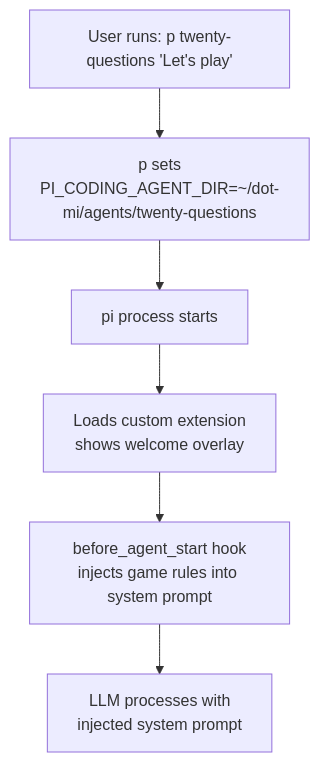
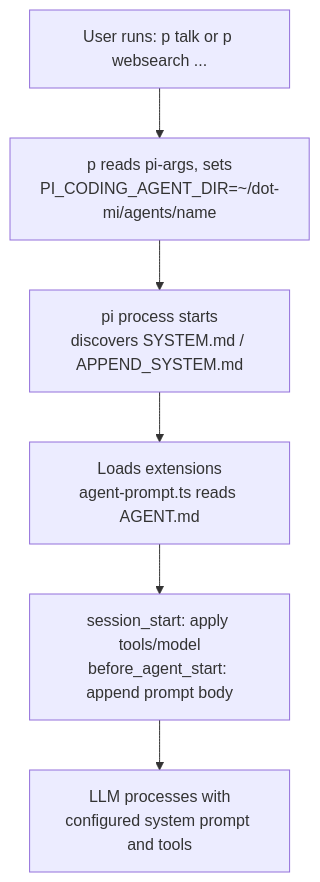
The third of 3 diagrams in docs/architecture.md (PlebeiusGaragicus/dot-mi), drawn with Mermaid before and after one commit. The commit also changed 22 other files, not shown here.

First line of the commit message:
feat: add flexible agent prompt and CLI flag customization via AGENT.md, SYSTEM.md, APPEND_SYSTEM.md, and pi-args

````diff
--- a/docs/architecture.md
+++ b/docs/architecture.md
@@ -102,11 +102,11 @@
 ```mermaid
 graph TD
-  SUser["User runs: p twenty-questions 'Let's play'"]
-  SAlias["p sets<br/>PI_CODING_AGENT_DIR=~/dot-mi/agents/twenty-questions"]
-  SPiMain["pi process starts"]
-  SExtLoad["Loads custom extension<br/>shows welcome overlay"]
-  SHook["before_agent_start hook<br/>injects game rules into system prompt"]
-  SLLM["LLM processes with<br/>injected system prompt"]
+  SUser["User runs: p talk or p websearch ..."]
+  SAlias["p reads pi-args, sets<br/>PI_CODING_AGENT_DIR=~/dot-mi/agents/name"]
+  SPiMain["pi process starts<br/>discovers SYSTEM.md / APPEND_SYSTEM.md"]
+  SExtLoad["Loads extensions<br/>agent-prompt.ts reads AGENT.md"]
+  SHook["session_start: apply tools/model<br/>before_agent_start: append prompt body"]
+  SLLM["LLM processes with<br/>configured system prompt and tools"]
 
   SUser --> SAlias --> SPiMain --> SExtLoad --> SHook --> SLLM
 ```
````
